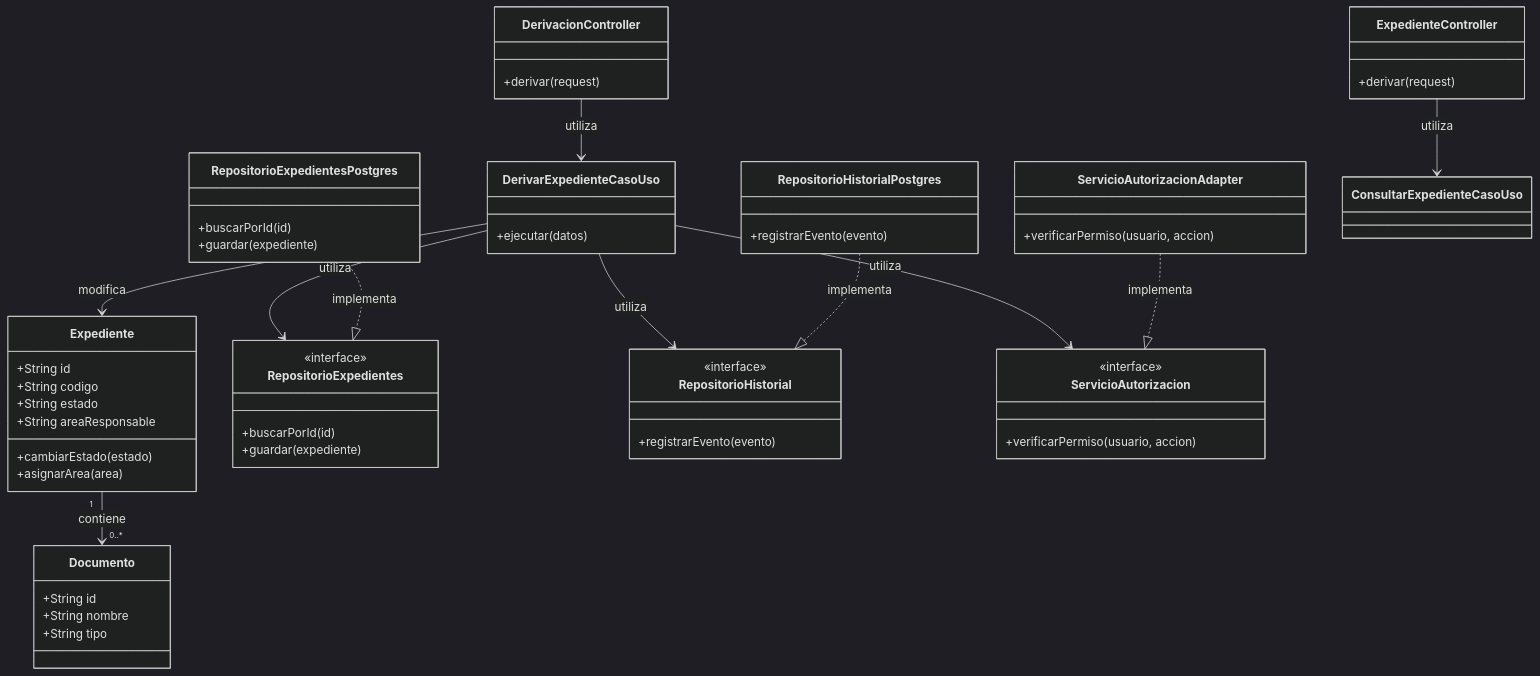
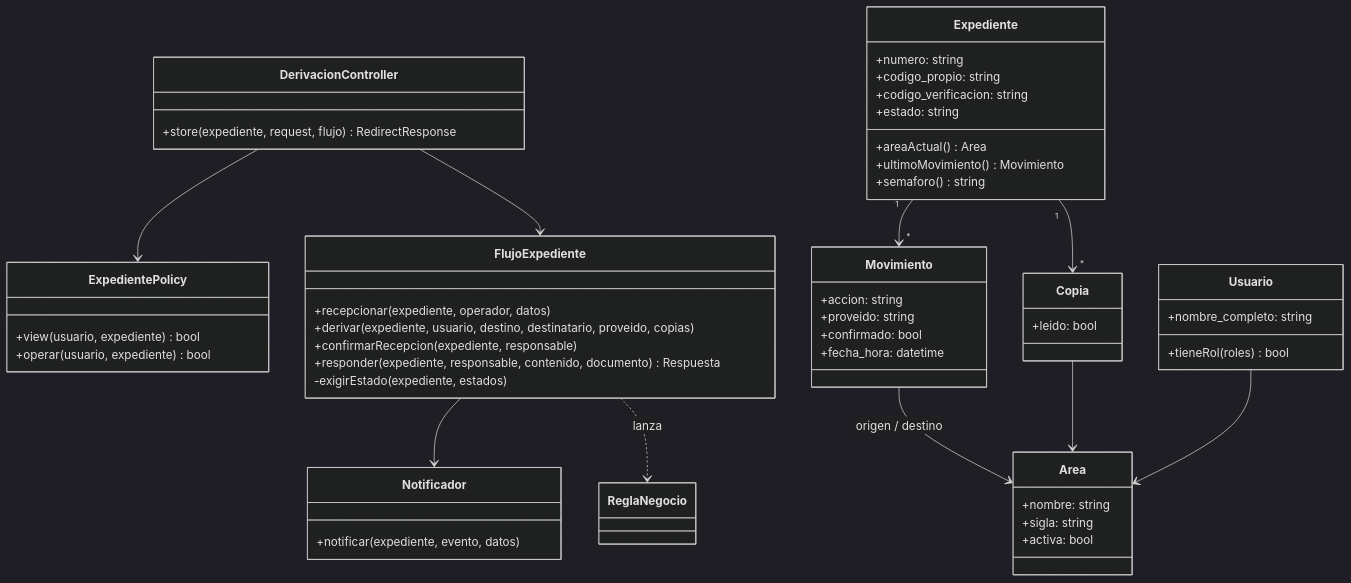
Before and after one commit to Yunfer2000/MesaPartes-arquitSoft: the first of 2 diagrams in docs/04-modelo-c4/Nivel4-Diagrama-de-Codigo.md, drawn with Mermaid (dark theme). The commit also changed other lines of this file and 6 other files, not shown here.

````diff
--- a/docs/04-modelo-c4/Nivel4-Diagrama-de-Codigo.md
+++ b/docs/04-modelo-c4/Nivel4-Diagrama-de-Codigo.md
@@ -64,72 +14,57 @@
 ```mermaid
 classDiagram
-    class ExpedienteController {
-        +derivar(request)
+    class DerivacionController {
+        +store(expediente, request, flujo) RedirectResponse
     }
-
-    class DerivacionController {
-        +derivar(request)
+    class ExpedientePolicy {
+        +view(usuario, expediente) bool
+        +operar(usuario, expediente) bool
     }
-
-    class DerivarExpedienteCasoUso {
-        +ejecutar(datos)
+    class FlujoExpediente {
+        +recepcionar(expediente, operador, datos)
+        +derivar(expediente, usuario, destino, destinatario, proveido, copias)
+        +confirmarRecepcion(expediente, responsable)
+        +responder(expediente, responsable, contenido, documento) Respuesta
+        -exigirEstado(expediente, estados)
     }
-
+    class Notificador {
+        +notificar(expediente, evento, datos)
+    }
     class Expediente {
-        +String id
-        +String codigo
-        +String estado
-        +String areaResponsable
-        +cambiarEstado(estado)
-        +asignarArea(area)
+        +numero: string
+        +codigo_propio: string
+        +codigo_verificacion: string
+        +estado: string
+        +areaActual() Area
+        +ultimoMovimiento() Movimiento
+        +semaforo() string
     }
-
-    class Documento {
-        +String id
-        +String nombre
-        +String tipo
+    class Movimiento {
+        +accion: string
+        +proveido: string
+        +confirmado: bool
+        +fecha_hora: datetime
     }
-
-    class RepositorioExpedientes {
-        <<interface>>
-        +buscarPorId(id)
-        +guardar(expediente)
+    class Copia {
+        +leido: bool
     }
-
-    class RepositorioHistorial {
-        <<interface>>
-        +registrarEvento(evento)
+    class Area {
+        +nombre: string
+        +sigla: string
+        +activa: bool
     }
-
-    class ServicioAutorizacion {
-        <<interface>>
-        +verificarPermiso(usuario, accion)
+    class Usuario {
+        +nombre_completo: string
+        +tieneRol(roles) bool
     }
-
-    class RepositorioExpedientesPostgres {
-        +buscarPorId(id)
-        +guardar(expediente)
-    }
-
-    class RepositorioHistorialPostgres {
-        +registrarEvento(evento)
-    }
-
-    class ServicioAutorizacionAdapter {
-        +verificarPermiso(usuario, accion)
-    }
-
-    Expediente "1" --> "0..*" Documento : contiene
-
-    ExpedienteController --> ConsultarExpedienteCasoUso : utiliza
-    DerivacionController --> DerivarExpedienteCasoUso : utiliza
-
-    DerivarExpedienteCasoUso --> Expediente : modifica
-    DerivarExpedienteCasoUso --> RepositorioExpedientes : utiliza
-    DerivarExpedienteCasoUso --> RepositorioHistorial : utiliza
-    DerivarExpedienteCasoUso --> ServicioAutorizacion : utiliza
-
-    RepositorioExpedientesPostgres ..|> RepositorioExpedientes : implementa
-    RepositorioHistorialPostgres ..|> RepositorioHistorial : implementa
-    ServicioAutorizacionAdapter ..|> ServicioAutorizacion : implementa
+    class ReglaNegocio
+    DerivacionController --> ExpedientePolicy
+    DerivacionController --> FlujoExpediente
+    FlujoExpediente --> Notificador
+    FlujoExpediente ..> ReglaNegocio : lanza
+    Expediente "1" --> "*" Movimiento
+    Expediente "1" --> "*" Copia
+    Movimiento --> Area : origen / destino
+    Copia --> Area
+    Usuario --> Area
 ```
````
